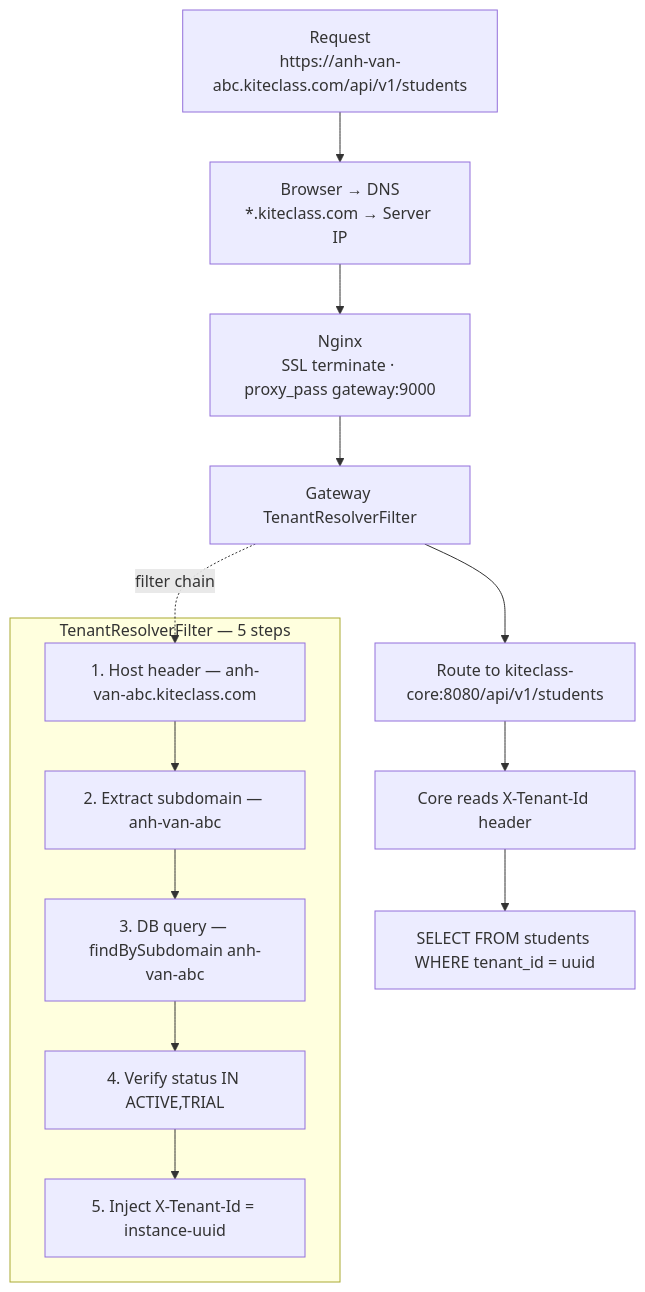
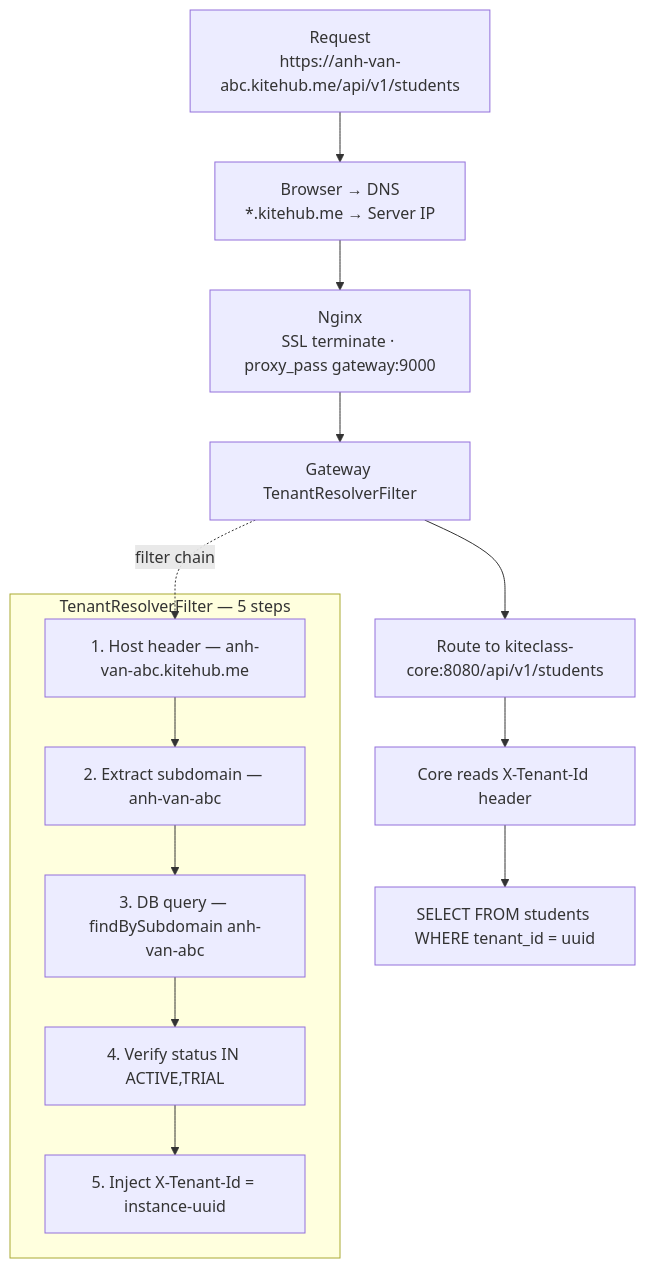
The diagram in documents/02-architecture/domain-management.md (VictorAurelius/2026-Kite-Class-Platform), drawn with Mermaid before and after one commit. The commit also changed other lines of this file and 278 other files, not shown here.

First line of the commit message:
fix(domain): sweep stale kiteclass.vn/.com → canonical kitehub.me ({slug}.kitehub.me tenant) + CI detector (GAP-1241) (#2374)

````diff
--- a/documents/02-architecture/domain-management.md
+++ b/documents/02-architecture/domain-management.md
@@ -320,24 +320,24 @@
 ```mermaid
 flowchart TD
-    REQ["Request<br/>https://anh-van-abc.kiteclass.com/api/v1/students"]
-    DNS["Browser → DNS<br/>*.kiteclass.com → Server IP"]
+    REQ["Request<br/>https://anh-van-abc.kitehub.me/api/v1/students"]
+    DNS["Browser → DNS<br/>*.kitehub.me → Server IP"]
     NGX["Nginx<br/>SSL terminate · proxy_pass gateway:9000"]
     GW[Gateway TenantResolverFilter]
     ROUTE["Route to kiteclass-core:8080/api/v1/students"]
     READ[Core reads X-Tenant-Id header]
     QRY["SELECT FROM students WHERE tenant_id = uuid"]
 
     REQ --> DNS --> NGX --> GW
     GW --> ROUTE --> READ --> QRY
 
     subgraph Filter [TenantResolverFilter — 5 steps]
-      F1["1. Host header — anh-van-abc.kiteclass.com"]
+      F1["1. Host header — anh-van-abc.kitehub.me"]
       F2["2. Extract subdomain — anh-van-abc"]
       F3["3. DB query — findBySubdomain anh-van-abc"]
       F4["4. Verify status IN ACTIVE,TRIAL"]
       F5["5. Inject X-Tenant-Id = instance-uuid"]
       F1 --> F2 --> F3 --> F4 --> F5
     end
 
     GW -.->|filter chain| F1
 ```
````
